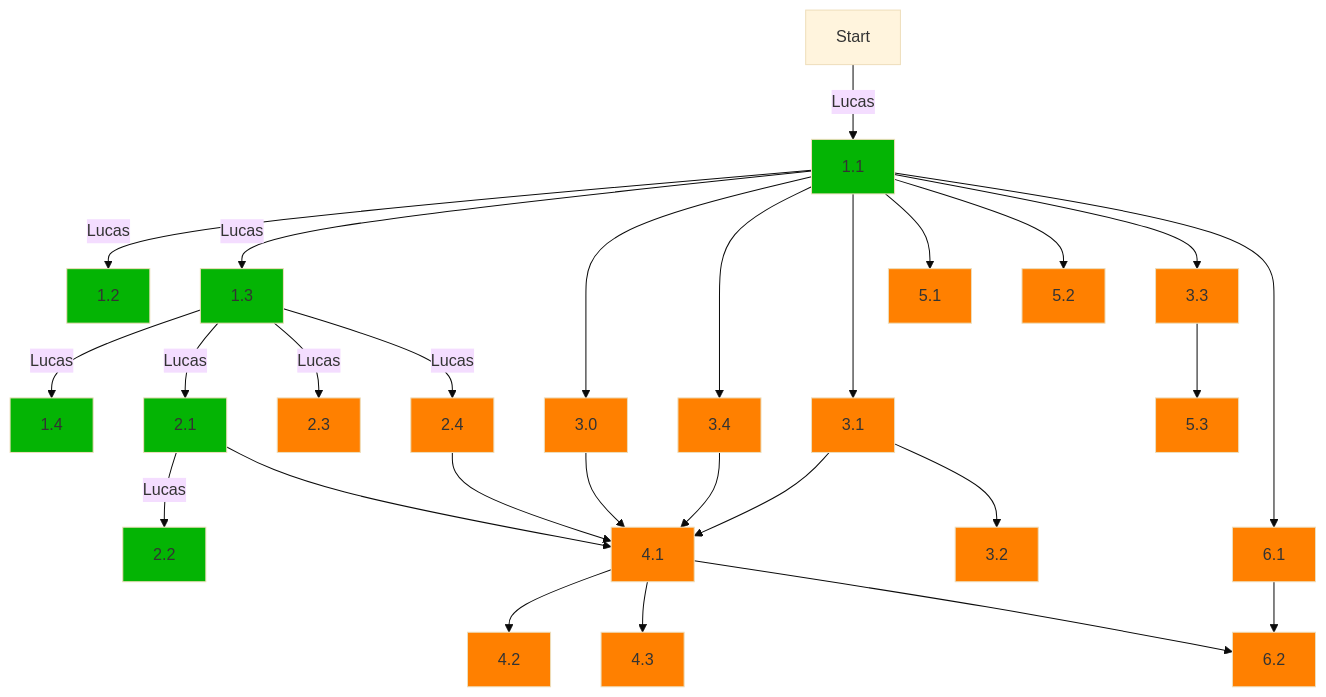
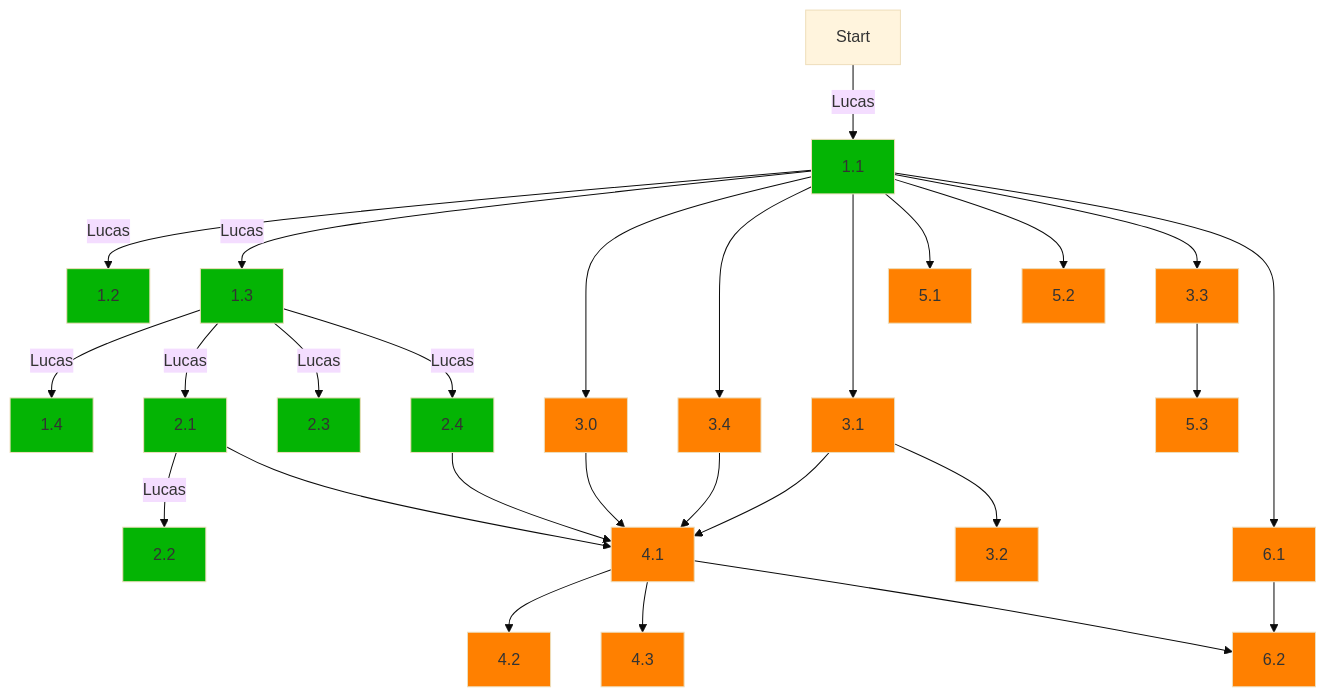
Before and after one commit to Luc-mic/Projet_SDAA: the diagram in DEPENDENCY.md, drawn with Mermaid. The commit also changed 4 other files, not shown here.

````diff
--- a/DEPENDENCY.md
+++ b/DEPENDENCY.md
@@ -1,57 +1,57 @@
 ```mermaid
 
 %%{init: {'theme':'base'}}%%
 graph TD;
 
 classDef done fill:#04B404;
 classDef not_done fill:#FF8000;
 
     1.1:::done
     1.2:::done
     1.3:::done
     1.4:::done
     2.1:::done
     2.2:::done
-    2.3:::not_done
-    2.4:::not_done
+    2.3:::done
+    2.4:::done
     3.0:::not_done
     3.1:::not_done
     3.2:::not_done
     3.3:::not_done
     3.4:::not_done
     4.1:::not_done
     4.2:::not_done
     4.3:::not_done
     5.1:::not_done
     5.2:::not_done
     5.3:::not_done
     6.1:::not_done
     6.2:::not_done
 
     Start-->|Lucas|1.1;
     1.1-->|Lucas|1.2;
     1.1-->|Lucas|1.3;
     1.3-->|Lucas|1.4;
     1.3-->|Lucas|2.1;
     2.1-->|Lucas|2.2;
     2.1-->4.1;
     1.3-->|Lucas|2.3;
     1.3-->|Lucas|2.4;
     2.4-->4.1;
     4.1-->4.2;
     4.1-->4.3;
     4.1-->6.2;
     1.1-->3.0;
     1.1-->3.4;
     3.4-->4.1;
     3.0-->4.1;
     1.1-->3.1;
     3.1-->4.1;
     3.1-->3.2;
     1.1-->5.1;
     1.1-->5.2;
     1.1-->3.3;
     3.3-->5.3;
     1.1-->6.1;
     6.1-->6.2;
 ```
````
